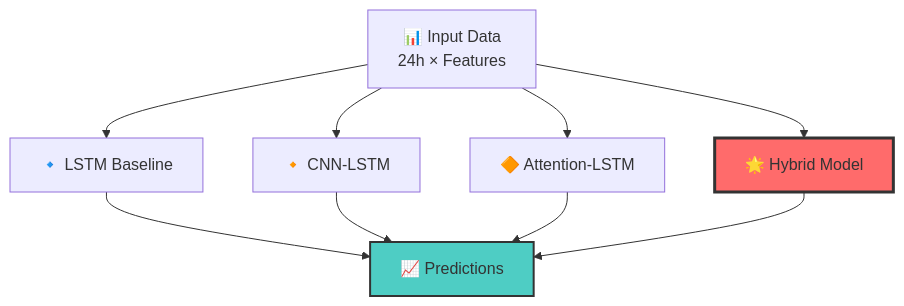
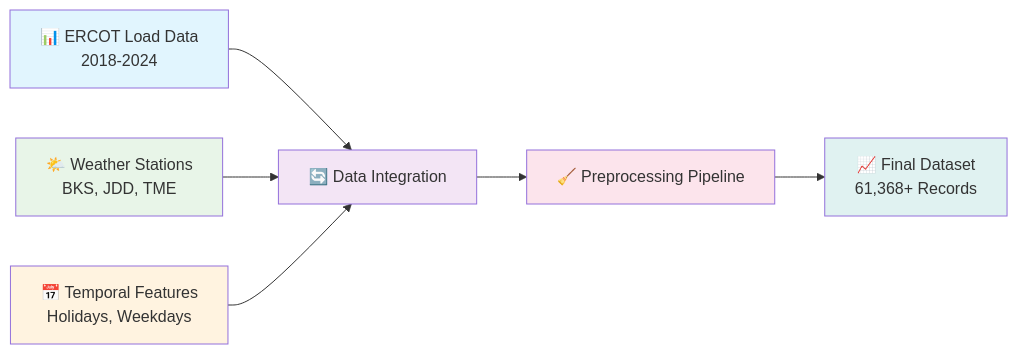
The first of 3 diagrams in README.md (sajibdebnath/hybrid-multiscale-attn-cnn-lstm-load-forecasting), drawn with Mermaid before and after one commit. The commit also changed other lines of this file, not shown here.

````diff
--- a/README.md
+++ b/README.md
@@ -92,15 +168,15 @@
 ```mermaid
-graph TD
-    A[📊 Input Data<br/>24h × Features] --> B[🔹 LSTM Baseline]
-    A --> C[🔸 CNN-LSTM]
-    A --> D[🔶 Attention-LSTM]
-    A --> E[🌟 Hybrid Model]
+graph LR
+    A[📊 ERCOT Load Data<br/>2018-2024] --> D[🔄 Data Integration]
+    B[🌤️ Weather Stations<br/>BKS, JDD, TME] --> D
+    C[📅 Temporal Features<br/>Holidays, Weekdays] --> D
+    D --> E[🧹 Preprocessing Pipeline]
+    E --> F[📈 Final Dataset<br/>61,368+ Records]
 
-    B --> F[📈 Predictions]
-    C --> F
-    D --> F
-    E --> F
-
-    style E fill:#ff6b6b,stroke:#333,stroke-width:3px
-    style F fill:#4ecdc4,stroke:#333,stroke-width:2px
+    style A fill:#e1f5fe
+    style B fill:#e8f5e8
+    style C fill:#fff3e0
+    style D fill:#f3e5f5
+    style E fill:#fce4ec
+    style F fill:#e0f2f1
 ```
````
